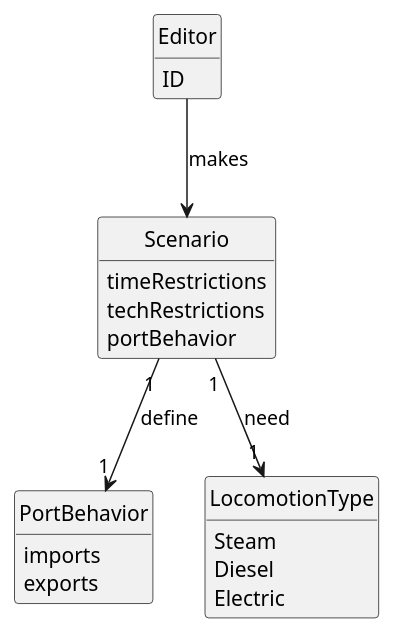
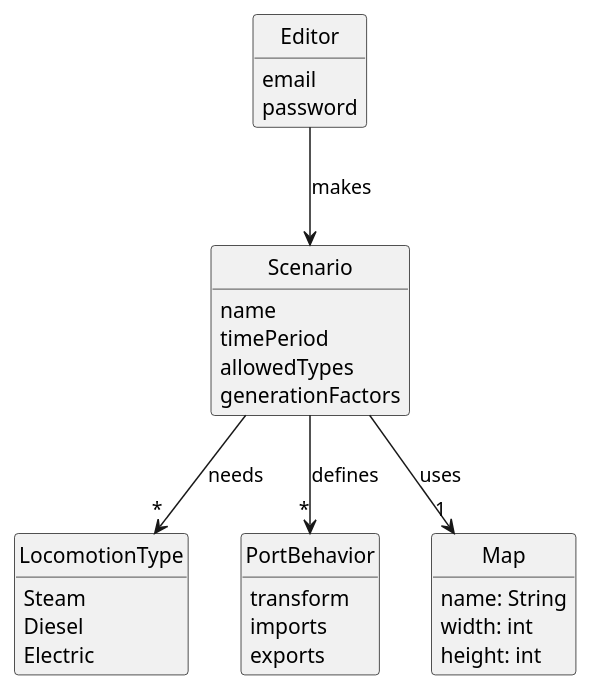
One commit to Andremonteiro1240850/railway_simulator changed the diagram in docs/system-documentation/US04/02.analysis.us04/puml/us04analysis.puml. Above: the diagram before and after it, drawn with PlantUML. The commit also changed 4 other files, not shown here.

```diff
--- a/docs/system-documentation/US04/02.analysis.us04/puml/us04analysis.puml
+++ b/docs/system-documentation/US04/02.analysis.us04/puml/us04analysis.puml
@@ -1,37 +1,49 @@
 @startuml
+
 skinparam monochrome true
 skinparam packageStyle rectangle
 skinparam shadowing false
 
 'left to right direction
 
 skinparam classAttributeIconSize 0
 
 hide circle
 hide methods
 
-    class Editor {
-        ID
-    }
+enum LocomotionType {
+  Steam
+  Diesel
+  Electric
+}
 
-    class Scenario {
-        timeRestrictions
-        techRestrictions
-        portBehavior
-    }
+class Editor {
+   email
+   password
+}
 
-    class PortBehavior {
-        imports
-        exports
-    }
+class Scenario {
+   name
+   timePeriod
+   allowedTypes
+   generationFactors
+}
 
-    class LocomotionType {
-        Steam
-        Diesel
-        Electric
-    }
+class PortBehavior {
+   transform
+   imports
+   exports
+}
 
-    Editor --> Scenario : "makes"
-    Scenario "1" --> "1" PortBehavior : "define"
-    Scenario "1" --> "1" LocomotionType : "need"
+class Map {
+   name: String
+   width: int
+   height: int
+}
+
+Editor --> Scenario : makes
+Scenario --> "1" Map : uses
+Scenario --> "*" PortBehavior : defines
+Scenario --> "*" LocomotionType : needs
+
 @enduml
```
